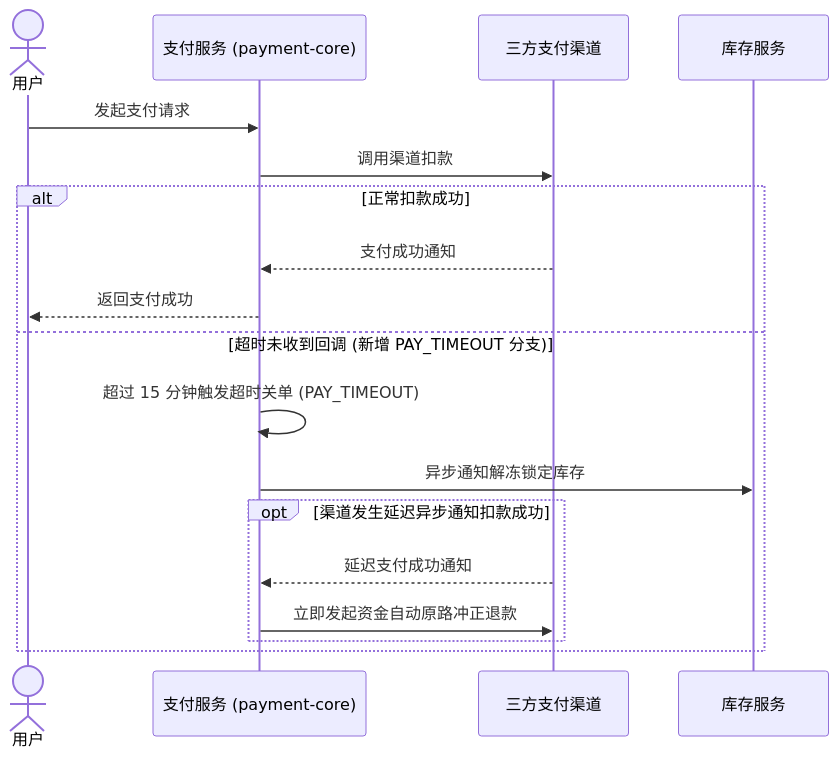
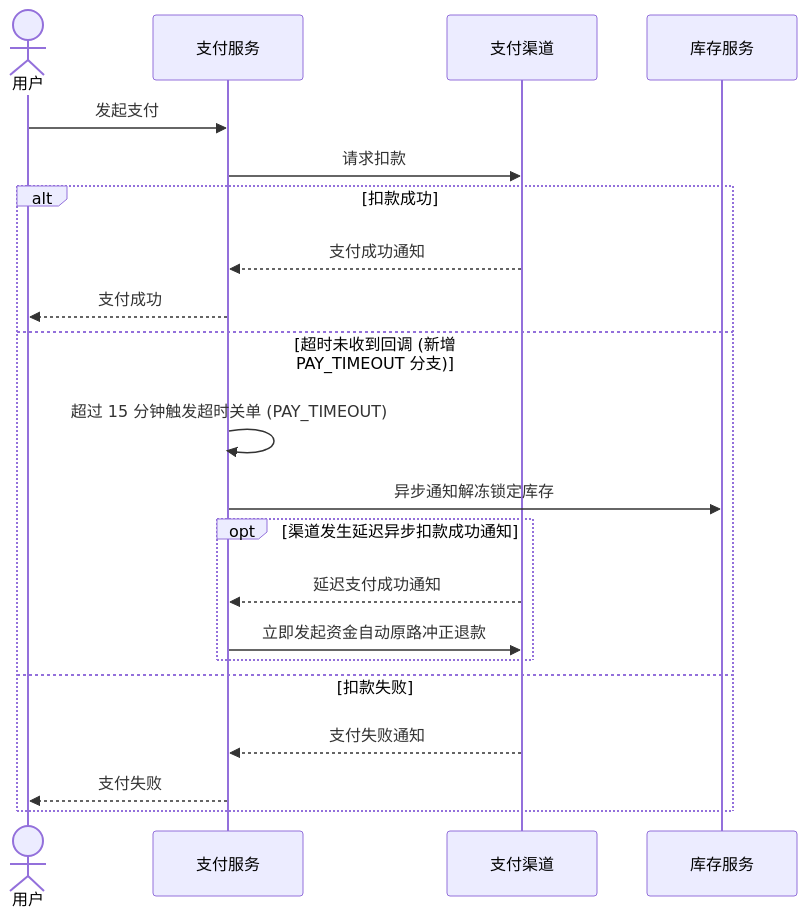
One commit to fjay/knowledge-dock changed the second of 2 diagrams in docs/examples/payment-flow.md. Above: the diagram before and after it, drawn with Mermaid. The commit also changed other lines of this file and 9 other files, not shown here.

Commit message:
docs: rewrite all documentation with concise table-driven invariant architecture style

````diff
--- a/docs/examples/payment-flow.md
+++ b/docs/examples/payment-flow.md
@@ -60,21 +127,23 @@
 ```mermaid
 sequenceDiagram
     actor User as 用户
-    participant Pay as 支付服务 (payment-core)
-    participant Channel as 三方支付渠道
+    participant Pay as 支付服务
+    participant Channel as 支付渠道
     participant Inventory as 库存服务
-
-    User->>Pay: 发起支付请求
-    Pay->>Channel: 调用渠道扣款
-    alt 正常扣款成功
+    User->>Pay: 发起支付
+    Pay->>Channel: 请求扣款
+    alt 扣款成功
         Channel-->>Pay: 支付成功通知
-        Pay-->>User: 返回支付成功
+        Pay-->>User: 支付成功
     else 超时未收到回调 (新增 PAY_TIMEOUT 分支)
         Pay->>Pay: 超过 15 分钟触发超时关单 (PAY_TIMEOUT)
         Pay->>Inventory: 异步通知解冻锁定库存
-        opt 渠道发生延迟异步通知扣款成功
+        opt 渠道发生延迟异步扣款成功通知
             Channel-->>Pay: 延迟支付成功通知
             Pay->>Channel: 立即发起资金自动原路冲正退款
         end
+    else 扣款失败
+        Channel-->>Pay: 支付失败通知
+        Pay-->>User: 支付失败
     end
 ```
````
